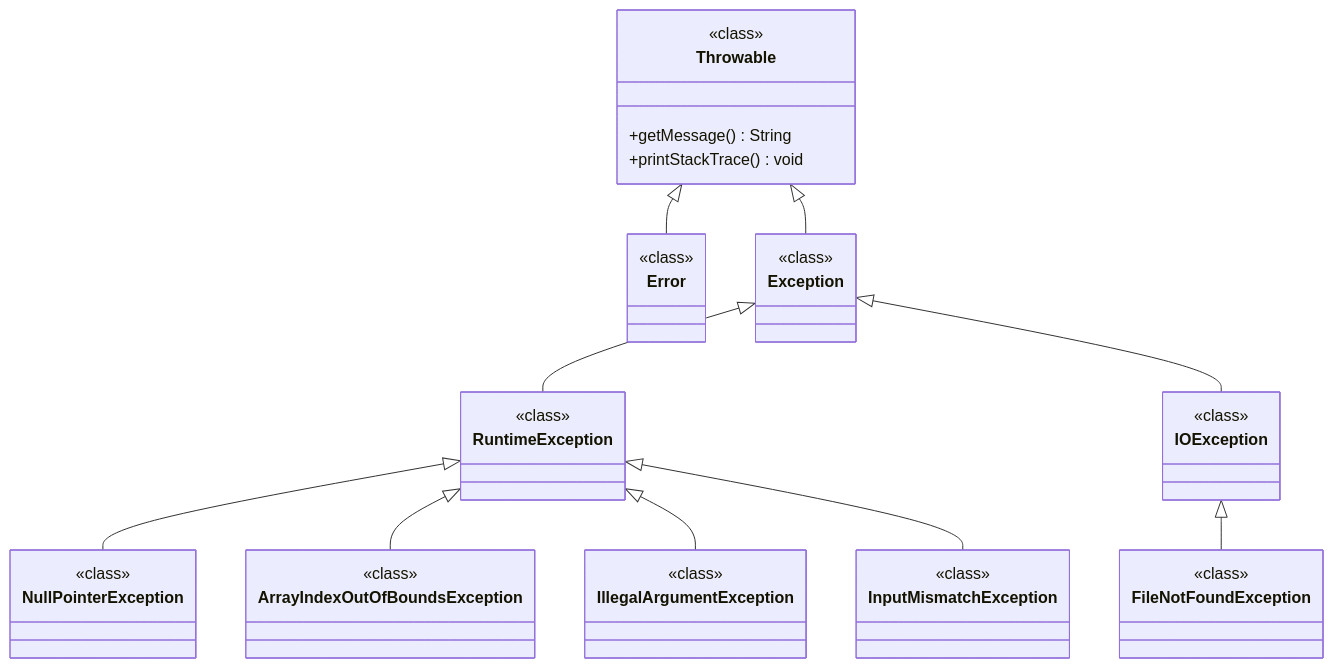
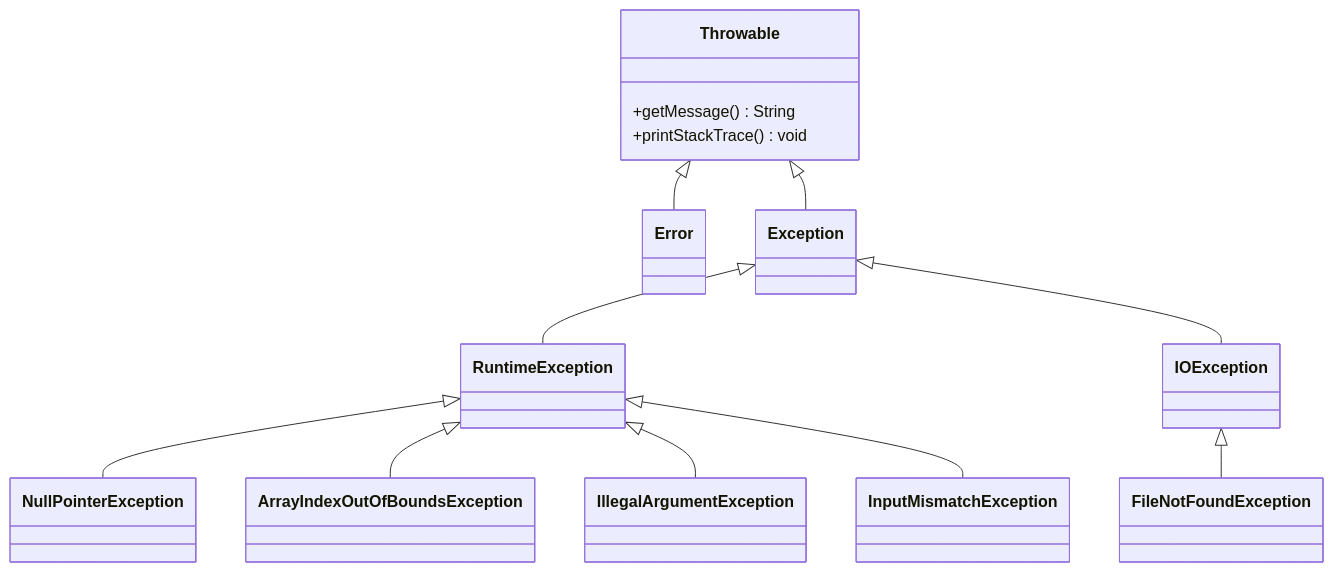
One commit to TroelsMortensen/Codelabs2 changed the diagram in Articles/Session 17 - Exceptions/003 Types of Exceptions.md. Above: the diagram before and after it, drawn with Mermaid. The commit also changed other lines of this file and 15 other files, not shown here.

````diff
--- a/Articles/Session 17 - Exceptions/003 Types of Exceptions.md
+++ b/Articles/Session 17 - Exceptions/003 Types of Exceptions.md
@@ -7,54 +9,44 @@
 ```mermaid
 classDiagram
     class Throwable {
-        <<class>>
         +getMessage() String
         +printStackTrace() void
     }
     
     class Error {
-        <<class>>
     }
     
     class Exception {
-        <<class>>
     }
     
     class RuntimeException {
-        <<class>>
     }
     
     class IOException {
-        <<class>>
     }
     
     class NullPointerException {
-        <<class>>
     }
     
     class ArrayIndexOutOfBoundsException {
-        <<class>>
     }
     
     class IllegalArgumentException {
-        <<class>>
     }
     
     class FileNotFoundException {
-        <<class>>
     }
     
     class InputMismatchException {
-        <<class>>
     }
     
     Throwable <|-- Error
     Throwable <|-- Exception
     Exception <|-- RuntimeException
-    Exception <|-- IOException
     RuntimeException <|-- NullPointerException
     RuntimeException <|-- ArrayIndexOutOfBoundsException
     RuntimeException <|-- IllegalArgumentException
     RuntimeException <|-- InputMismatchException
+    Exception <|-- IOException
     IOException <|-- FileNotFoundException
 ```
````
